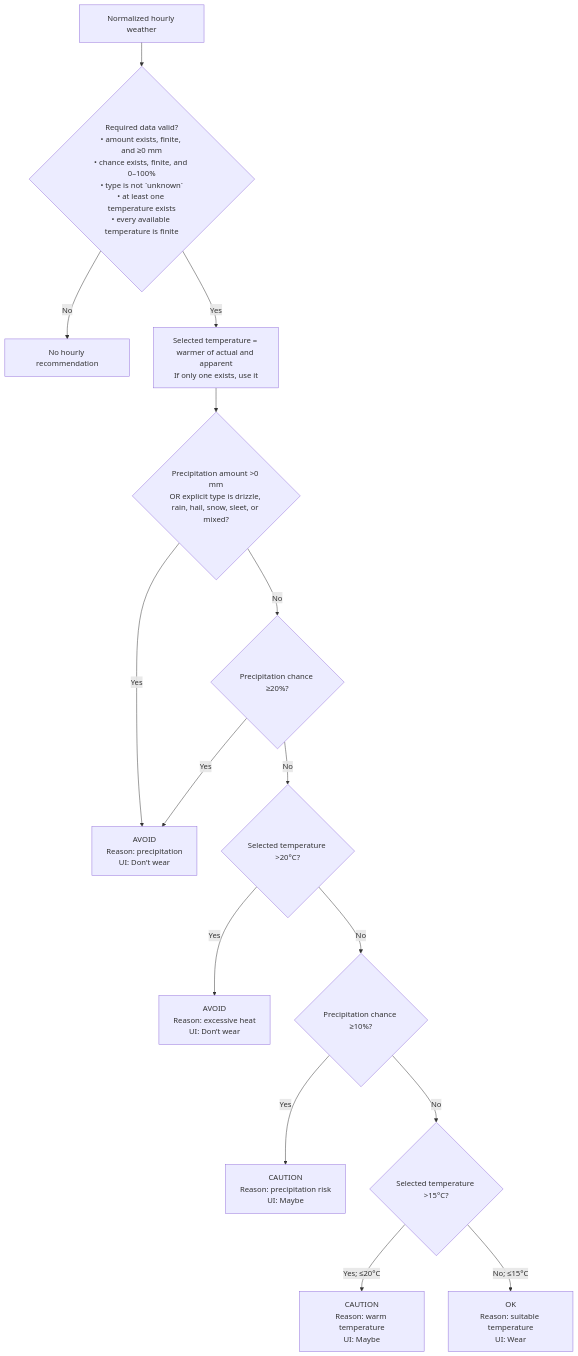
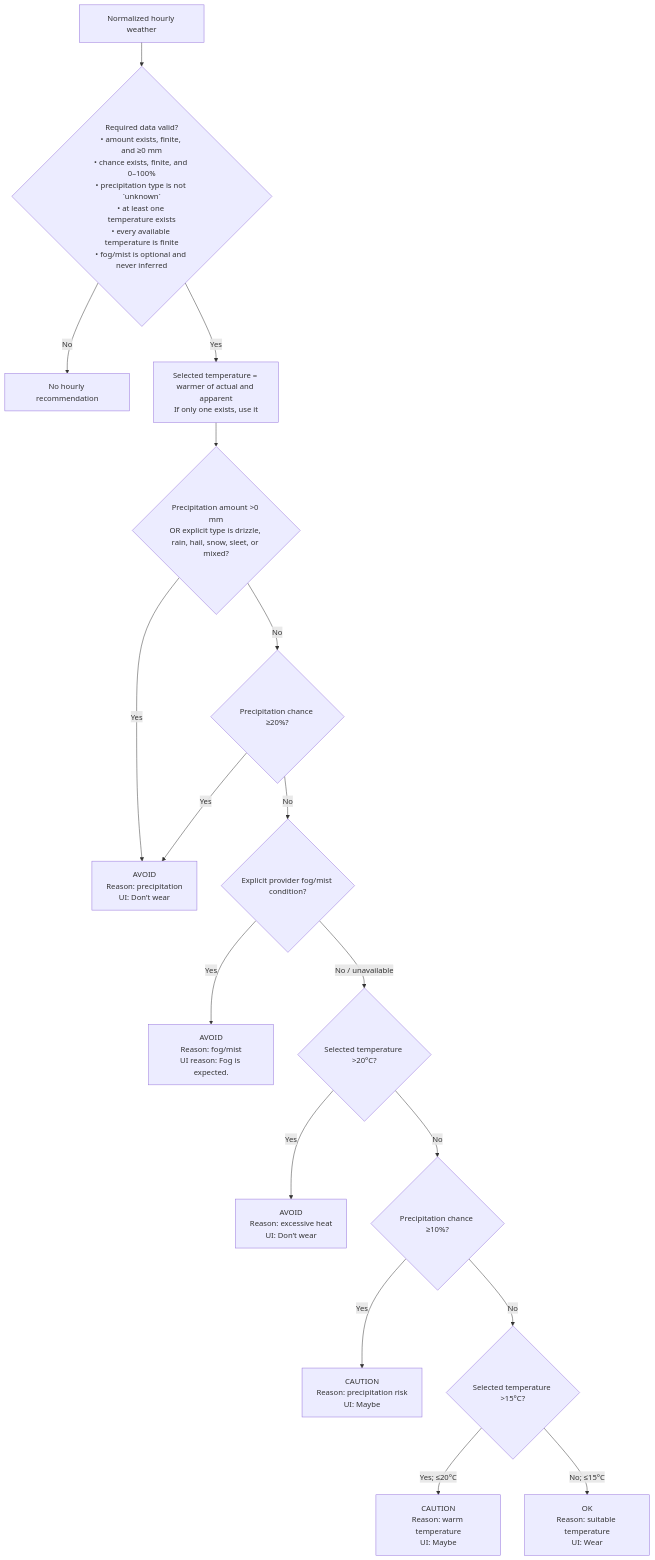
Before and after one commit to TimVdWalle/can-i-wear: the second of 7 diagrams in docs/IMPLEMENTED_RULES_FLOWCHARTS.md, drawn with Mermaid. The commit also changed other lines of this file and 31 other files, not shown here.

````diff
--- a/docs/IMPLEMENTED_RULES_FLOWCHARTS.md
+++ b/docs/IMPLEMENTED_RULES_FLOWCHARTS.md
@@ -79,18 +79,20 @@
 ```mermaid
 flowchart TD
-    A["Normalized hourly weather"] --> B{"Required data valid?<br/>• amount exists, finite, and ≥0 mm<br/>• chance exists, finite, and 0–100%<br/>• type is not `unknown`<br/>• at least one temperature exists<br/>• every available temperature is finite"}
+    A["Normalized hourly weather"] --> B{"Required data valid?<br/>• amount exists, finite, and ≥0 mm<br/>• chance exists, finite, and 0–100%<br/>• precipitation type is not `unknown`<br/>• at least one temperature exists<br/>• every available temperature is finite<br/>• fog/mist is optional and never inferred"}
     B -- "No" --> NR["No hourly recommendation"]
     B -- "Yes" --> C["Selected temperature = warmer of actual and apparent<br/>If only one exists, use it"]
 
     C --> D{"Precipitation amount >0 mm<br/>OR explicit type is drizzle, rain, hail, snow, sleet, or mixed?"}
     D -- "Yes" --> AP["AVOID<br/>Reason: precipitation<br/>UI: Don’t wear"]
     D -- "No" --> E{"Precipitation chance ≥20%?"}
     E -- "Yes" --> AP
-    E -- "No" --> F{"Selected temperature >20°C?"}
-    F -- "Yes" --> AH["AVOID<br/>Reason: excessive heat<br/>UI: Don’t wear"]
-    F -- "No" --> G{"Precipitation chance ≥10%?"}
-    G -- "Yes" --> CP["CAUTION<br/>Reason: precipitation risk<br/>UI: Maybe"]
-    G -- "No" --> H{"Selected temperature >15°C?"}
-    H -- "Yes; ≤20°C" --> CW["CAUTION<br/>Reason: warm temperature<br/>UI: Maybe"]
-    H -- "No; ≤15°C" --> OK["OK<br/>Reason: suitable temperature<br/>UI: Wear"]
+    E -- "No" --> F{"Explicit provider fog/mist condition?"}
+    F -- "Yes" --> AF["AVOID<br/>Reason: fog/mist<br/>UI reason: Fog is expected."]
+    F -- "No / unavailable" --> G{"Selected temperature >20°C?"}
+    G -- "Yes" --> AH["AVOID<br/>Reason: excessive heat<br/>UI: Don’t wear"]
+    G -- "No" --> H{"Precipitation chance ≥10%?"}
+    H -- "Yes" --> CP["CAUTION<br/>Reason: precipitation risk<br/>UI: Maybe"]
+    H -- "No" --> I{"Selected temperature >15°C?"}
+    I -- "Yes; ≤20°C" --> CW["CAUTION<br/>Reason: warm temperature<br/>UI: Maybe"]
+    I -- "No; ≤15°C" --> OK["OK<br/>Reason: suitable temperature<br/>UI: Wear"]
 ```
````
